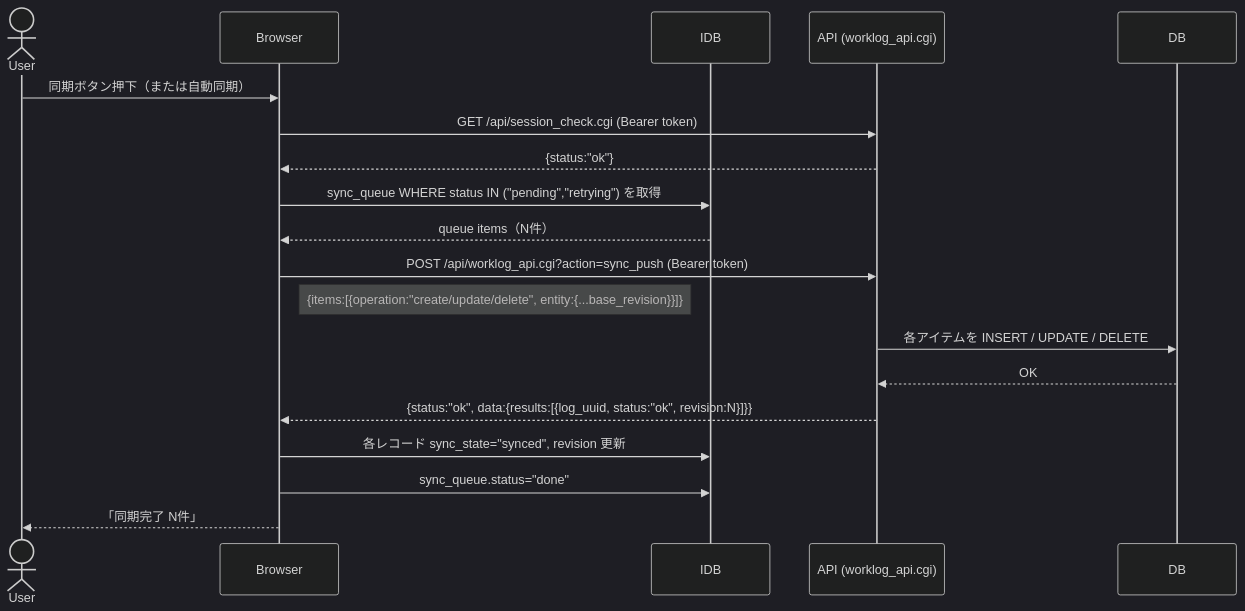
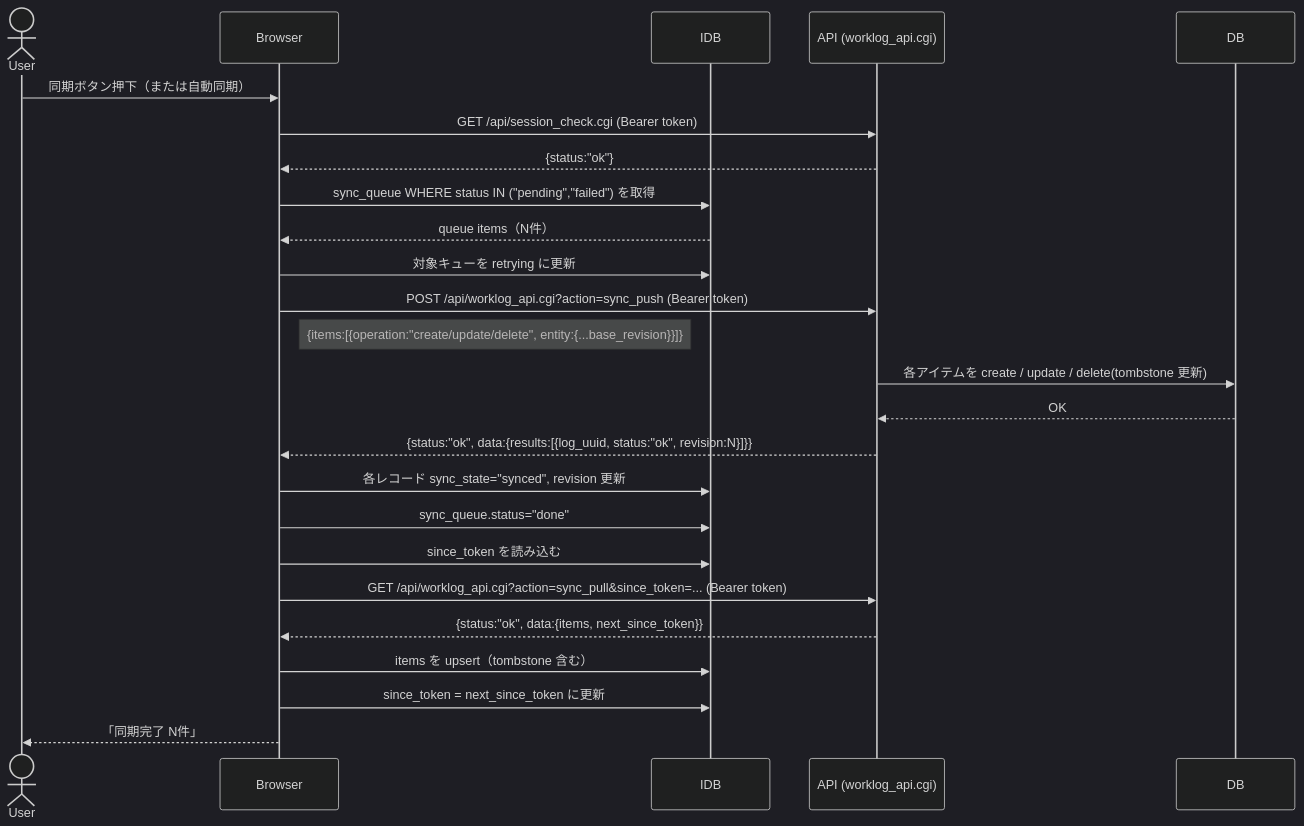
One commit to garyohosu/worklog-pwa changed diagram 16 of 24 in SEQUENCE.md. Above: the diagram before and after it, drawn with Mermaid (dark theme). The commit also changed other lines of this file and 2 other files, not shown here.

Commit message:
docs: align sequence flows with sync rules

````diff
--- a/SEQUENCE.md
+++ b/SEQUENCE.md
@@ -385,22 +396,28 @@
 ```mermaid
 sequenceDiagram
   actor User
   participant Browser
   participant IDB
   participant API as API (worklog_api.cgi)
   participant DB
 
   User->>Browser: 同期ボタン押下（または自動同期）
   Browser->>API: GET /api/session_check.cgi (Bearer token)
   API-->>Browser: {status:"ok"}
-  Browser->>IDB: sync_queue WHERE status IN ("pending","retrying") を取得
+  Browser->>IDB: sync_queue WHERE status IN ("pending","failed") を取得
   IDB-->>Browser: queue items（N件）
+  Browser->>IDB: 対象キューを retrying に更新
   Browser->>API: POST /api/worklog_api.cgi?action=sync_push (Bearer token)
   Note right of Browser: {items:[{operation:"create/update/delete", entity:{...base_revision}}]}
-  API->>DB: 各アイテムを INSERT / UPDATE / DELETE
+  API->>DB: 各アイテムを create / update / delete(tombstone 更新)
   DB-->>API: OK
   API-->>Browser: {status:"ok", data:{results:[{log_uuid, status:"ok", revision:N}]}}
   Browser->>IDB: 各レコード sync_state="synced", revision 更新
   Browser->>IDB: sync_queue.status="done"
+  Browser->>IDB: since_token を読み込む
+  Browser->>API: GET /api/worklog_api.cgi?action=sync_pull&since_token=... (Bearer token)
+  API-->>Browser: {status:"ok", data:{items, next_since_token}}
+  Browser->>IDB: items を upsert（tombstone 含む）
+  Browser->>IDB: since_token = next_since_token に更新
   Browser-->>User: 「同期完了 N件」
 ```
````
